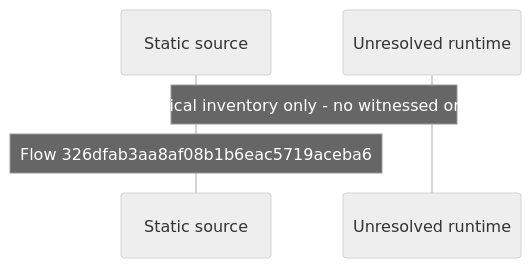
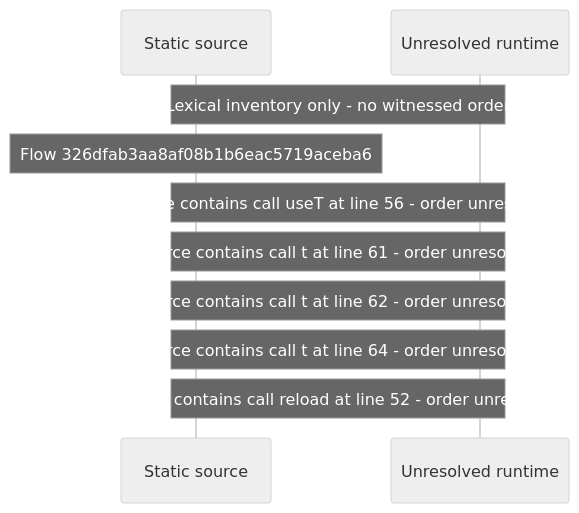
The diagram in docs/web/flows/generated/326dfab3aa8af08b1b6eac5719aceba6/flow-diagram.md (beamfall/core), drawn with Mermaid (neutral theme) before and after one commit. The commit also changed other lines of this file and 699 other files, not shown here.

Commit message:
Regenerate the web flow record with flow generator version 5

````diff
--- a/docs/web/flows/generated/326dfab3aa8af08b1b6eac5719aceba6/flow-diagram.md
+++ b/docs/web/flows/generated/326dfab3aa8af08b1b6eac5719aceba6/flow-diagram.md
@@ -10,7 +10,12 @@
 ```mermaid
 sequenceDiagram
     participant S as Static source
     participant U as Unresolved runtime
     Note over S,U: Lexical inventory only - no witnessed order
     Note over S: Flow 326dfab3aa8af08b1b6eac5719aceba6
+    Note over S,U: Source contains call useT at line 56 - order unresolved
+    Note over S,U: Source contains call t at line 61 - order unresolved
+    Note over S,U: Source contains call t at line 62 - order unresolved
+    Note over S,U: Source contains call t at line 64 - order unresolved
+    Note over S,U: Source contains call reload at line 52 - order unresolved
 ```
````
